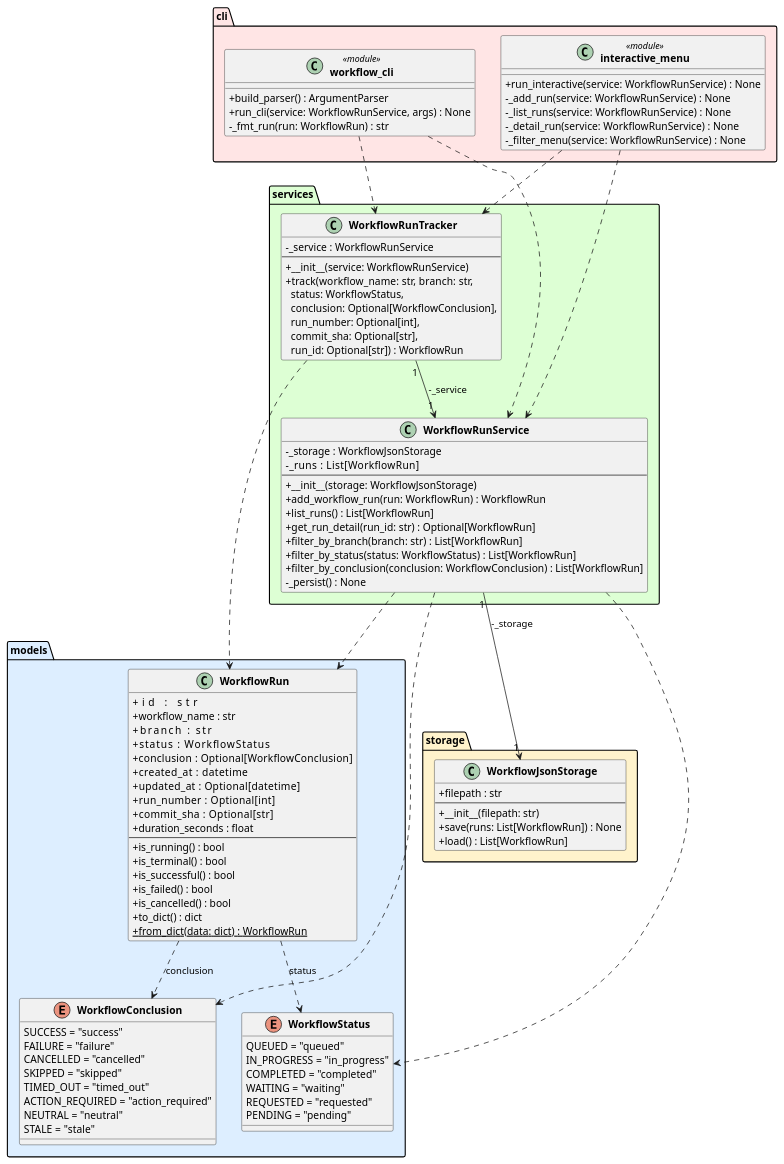
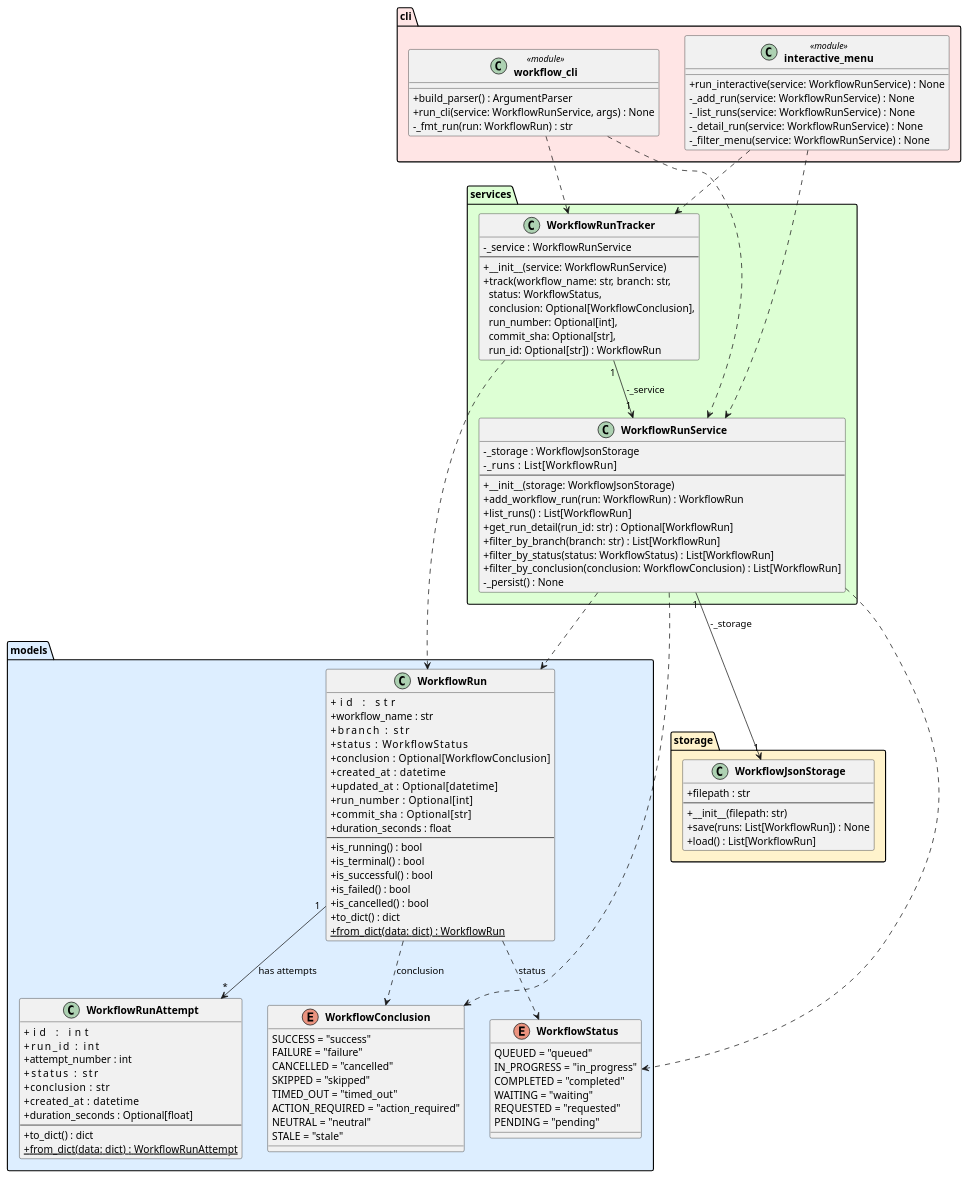
Before and after one commit to DanielRiha8906/Software_autoevolution_using_agents: the diagram in experiments/broadcast/test_driven/github-workflow-manager/artifacts/class_diagram.puml, drawn with PlantUML. The commit also changed 5 other files, not shown here.

```diff
--- a/experiments/broadcast/test_driven/github-workflow-manager/artifacts/class_diagram.puml
+++ b/experiments/broadcast/test_driven/github-workflow-manager/artifacts/class_diagram.puml
@@ -1,111 +1,125 @@
 @startuml class_diagram
 
 skinparam classAttributeIconSize 0
 skinparam classFontStyle bold
 
 package "models" #DDEEFF {
     enum WorkflowStatus {
         QUEUED = "queued"
         IN_PROGRESS = "in_progress"
         COMPLETED = "completed"
         WAITING = "waiting"
         REQUESTED = "requested"
         PENDING = "pending"
     }
 
     enum WorkflowConclusion {
         SUCCESS = "success"
         FAILURE = "failure"
         CANCELLED = "cancelled"
         SKIPPED = "skipped"
         TIMED_OUT = "timed_out"
         ACTION_REQUIRED = "action_required"
         NEUTRAL = "neutral"
         STALE = "stale"
     }
 
     class WorkflowRun {
         +id            : str
         +workflow_name : str
         +branch        : str
         +status        : WorkflowStatus
         +conclusion    : Optional[WorkflowConclusion]
         +created_at    : datetime
         +updated_at    : Optional[datetime]
         +run_number    : Optional[int]
         +commit_sha    : Optional[str]
         +duration_seconds : float
         --
         +is_running() : bool
         +is_terminal() : bool
         +is_successful() : bool
         +is_failed() : bool
         +is_cancelled() : bool
         +to_dict() : dict
         +{static} from_dict(data: dict) : WorkflowRun
+    }
+
+    class WorkflowRunAttempt {
+        +id            : int
+        +run_id        : int
+        +attempt_number : int
+        +status        : str
+        +conclusion    : str
+        +created_at    : datetime
+        +duration_seconds : Optional[float]
+        --
+        +to_dict() : dict
+        +{static} from_dict(data: dict) : WorkflowRunAttempt
     }
 }
 
 package "storage" #FFF3CC {
     class WorkflowJsonStorage {
         +filepath : str
         --
         +__init__(filepath: str)
         +save(runs: List[WorkflowRun]) : None
         +load() : List[WorkflowRun]
     }
 }
 
 package "services" #DDFFD4 {
     class WorkflowRunService {
         -_storage : WorkflowJsonStorage
         -_runs    : List[WorkflowRun]
         --
         +__init__(storage: WorkflowJsonStorage)
         +add_workflow_run(run: WorkflowRun) : WorkflowRun
         +list_runs() : List[WorkflowRun]
         +get_run_detail(run_id: str) : Optional[WorkflowRun]
         +filter_by_branch(branch: str) : List[WorkflowRun]
         +filter_by_status(status: WorkflowStatus) : List[WorkflowRun]
         +filter_by_conclusion(conclusion: WorkflowConclusion) : List[WorkflowRun]
         -_persist() : None
     }
 
     class WorkflowRunTracker {
         -_service : WorkflowRunService
         --
         +__init__(service: WorkflowRunService)
         +track(workflow_name: str, branch: str,\n  status: WorkflowStatus,\n  conclusion: Optional[WorkflowConclusion],\n  run_number: Optional[int],\n  commit_sha: Optional[str],\n  run_id: Optional[str]) : WorkflowRun
     }
 }
 
 package "cli" #FFE5E5 {
     class "workflow_cli" <<module>> {
         +build_parser() : ArgumentParser
         +run_cli(service: WorkflowRunService, args) : None
         -_fmt_run(run: WorkflowRun) : str
     }
 
     class "interactive_menu" <<module>> {
         +run_interactive(service: WorkflowRunService) : None
         -_add_run(service: WorkflowRunService) : None
         -_list_runs(service: WorkflowRunService) : None
         -_detail_run(service: WorkflowRunService) : None
         -_filter_menu(service: WorkflowRunService) : None
     }
 }
 
 WorkflowRun                ..>  WorkflowStatus        : status
 WorkflowRun                ..>  WorkflowConclusion    : conclusion
+WorkflowRun          "1" --> "*" WorkflowRunAttempt   : has attempts
 WorkflowRunService    "1" --> "1" WorkflowJsonStorage : -_storage
 WorkflowRunService         ..>  WorkflowRun
 WorkflowRunService         ..>  WorkflowStatus
 WorkflowRunService         ..>  WorkflowConclusion
 WorkflowRunTracker    "1" --> "1" WorkflowRunService  : -_service
 WorkflowRunTracker         ..>  WorkflowRun
 "workflow_cli"             ..>  WorkflowRunService
 "workflow_cli"             ..>  WorkflowRunTracker
 "interactive_menu"         ..>  WorkflowRunService
 "interactive_menu"         ..>  WorkflowRunTracker
 
 @enduml
```
